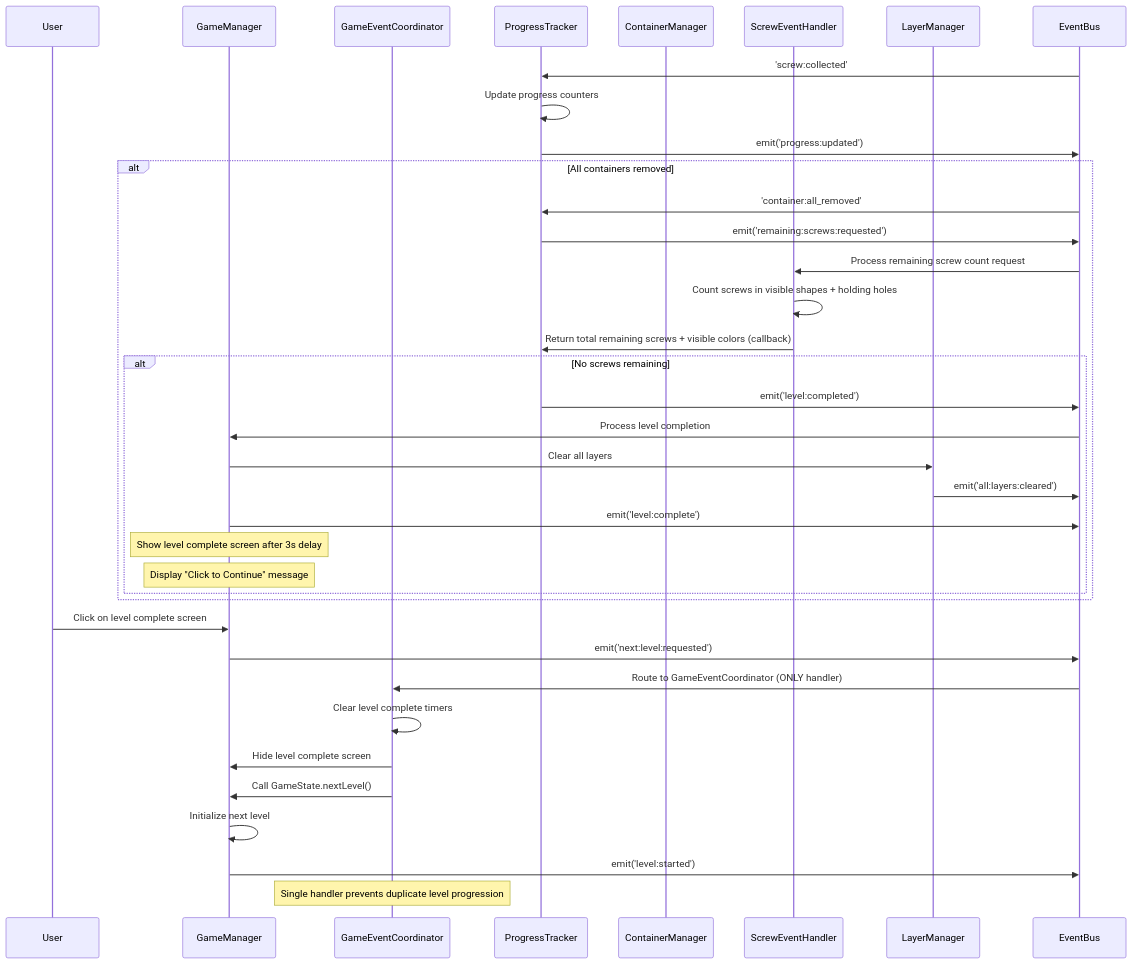
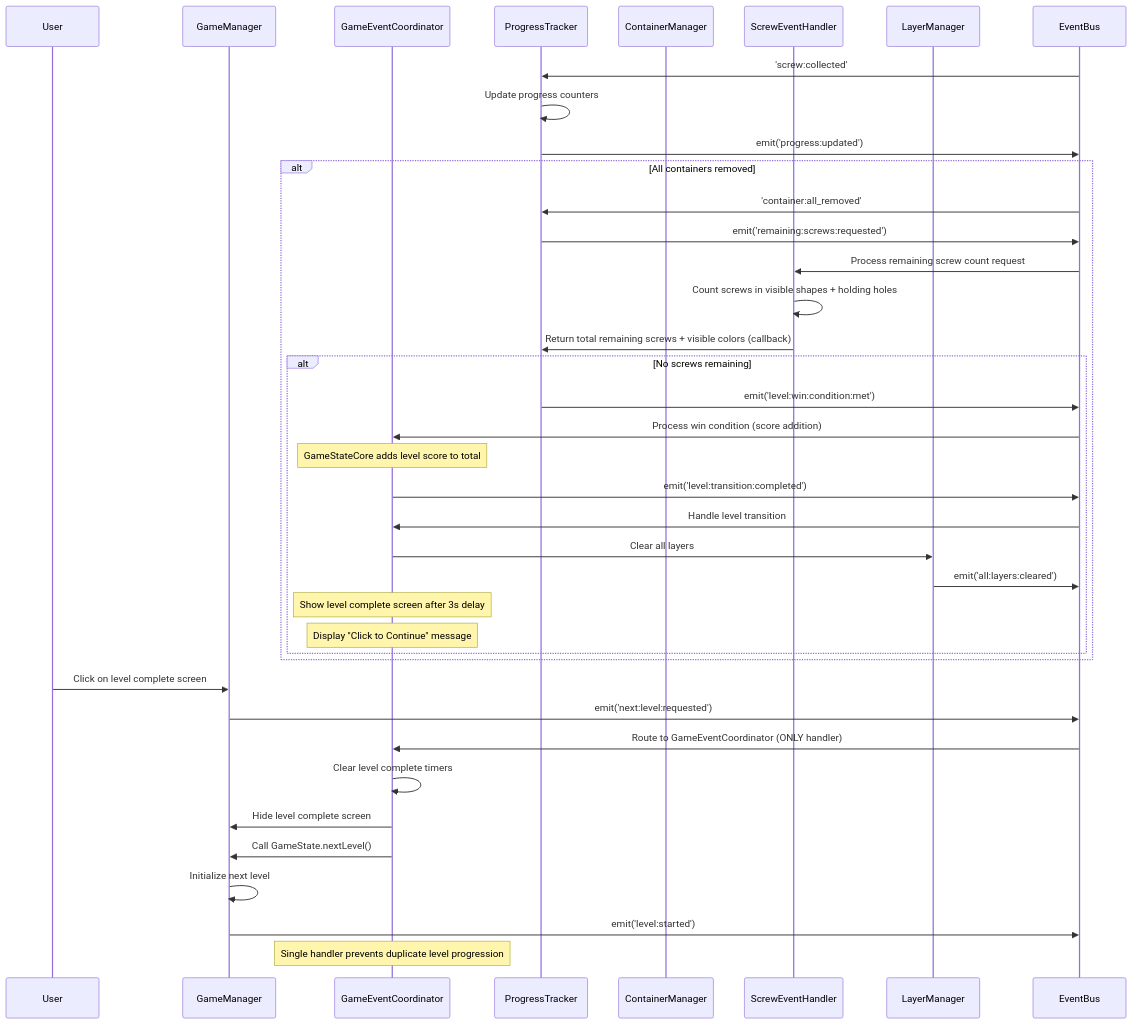
One commit to paulrobello/par-shape-2d changed the third of 6 diagrams in docs/game_event_flows.md. Above: the diagram before and after it, drawn with Mermaid. The commit also changed other lines of this file and 6 other files, not shown here.

First line of the commit message:
refactor: improve level completion event naming for clarity

````diff
--- a/docs/game_event_flows.md
+++ b/docs/game_event_flows.md
@@ -294,45 +295,47 @@
 ```mermaid
 sequenceDiagram
     participant User
     participant GM as GameManager
     participant GEC as GameEventCoordinator
     participant PT as ProgressTracker
     participant CM as ContainerManager
     participant SEH as ScrewEventHandler
     participant LM as LayerManager
     participant EB as EventBus
 
     EB->>PT: 'screw:collected'
     PT->>PT: Update progress counters
     PT->>EB: emit('progress:updated')
     
     alt All containers removed
         EB->>PT: 'container:all_removed'
         PT->>EB: emit('remaining:screws:requested')
         EB->>SEH: Process remaining screw count request
         SEH->>SEH: Count screws in visible shapes + holding holes
         SEH->>PT: Return total remaining screws + visible colors (callback)
         
         alt No screws remaining
-            PT->>EB: emit('level:completed')
-            EB->>GM: Process level completion
-            GM->>LM: Clear all layers
+            PT->>EB: emit('level:win:condition:met')
+            EB->>GEC: Process win condition (score addition)
+            Note over GEC: GameStateCore adds level score to total
+            GEC->>EB: emit('level:transition:completed')
+            EB->>GEC: Handle level transition
+            GEC->>LM: Clear all layers
             LM->>EB: emit('all:layers:cleared')
-            GM->>EB: emit('level:complete')
             
-            Note over GM: Show level complete screen after 3s delay
-            Note over GM: Display "Click to Continue" message
+            Note over GEC: Show level complete screen after 3s delay
+            Note over GEC: Display "Click to Continue" message
         end
     end
     
     User->>GM: Click on level complete screen
     GM->>EB: emit('next:level:requested')
     EB->>GEC: Route to GameEventCoordinator (ONLY handler)
     GEC->>GEC: Clear level complete timers
     GEC->>GM: Hide level complete screen
     GEC->>GM: Call GameState.nextLevel()
     GM->>GM: Initialize next level
     GM->>EB: emit('level:started')
     
     Note over GEC: Single handler prevents duplicate level progression
 ```
````
